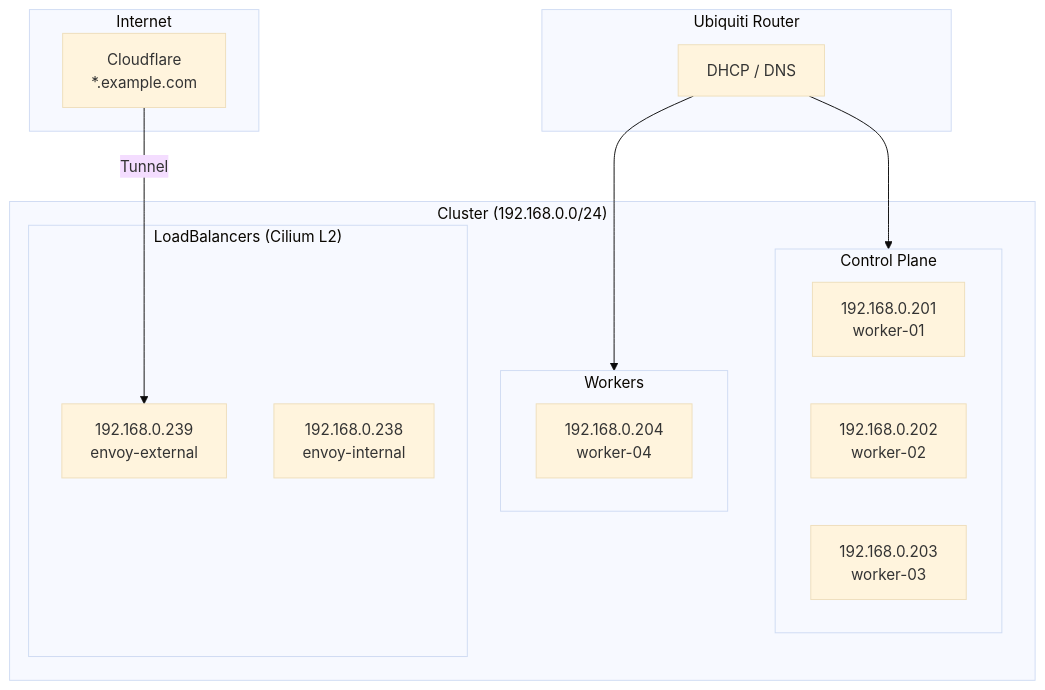
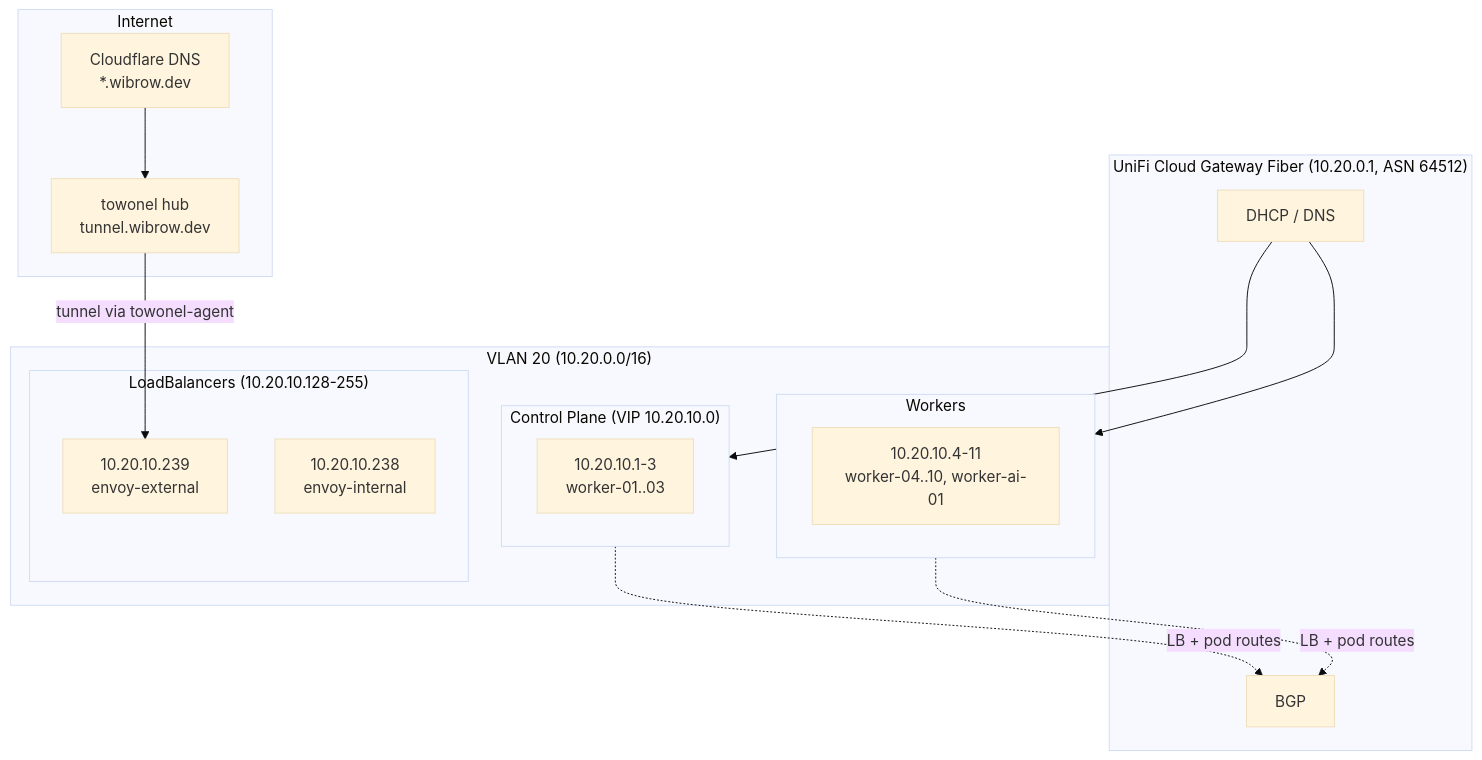
The first of 2 diagrams in docs/reference/ip-allocation.md (swibrow/home-ops), drawn with Mermaid (base theme) before and after one commit. The commit also changed other lines of this file and 105 other files, not shown here.

````diff
--- a/docs/reference/ip-allocation.md
+++ b/docs/reference/ip-allocation.md
@@ -40,29 +77,32 @@
 ```mermaid
 flowchart TB
     subgraph Internet
-        CF[Cloudflare<br/>*.example.com]
+        CF[Cloudflare DNS<br/>*.wibrow.dev]
+        Hub[towonel hub<br/>tunnel.wibrow.dev]
     end
 
-    subgraph Router["Ubiquiti Router"]
+    subgraph GW["UniFi Cloud Gateway Fiber (10.20.0.1, ASN 64512)"]
         DHCP[DHCP / DNS]
+        BGP[BGP]
     end
 
-    subgraph Cluster["Cluster (192.168.0.0/24)"]
-        subgraph ControlPlane["Control Plane"]
-            CP1[192.168.0.201<br/>worker-01]
-            CP2[192.168.0.202<br/>worker-02]
-            CP3[192.168.0.203<br/>worker-03]
+    subgraph Cluster["VLAN 20 (10.20.0.0/16)"]
+        subgraph ControlPlane["Control Plane (VIP 10.20.10.0)"]
+            CP[10.20.10.1-3<br/>worker-01..03]
         end
         subgraph Workers["Workers"]
-            W4[192.168.0.204<br/>worker-04]
+            W[10.20.10.4-11<br/>worker-04..10, worker-ai-01]
         end
-        subgraph LB["LoadBalancers (Cilium L2)"]
-            EE[192.168.0.239<br/>envoy-external]
-            EI[192.168.0.238<br/>envoy-internal]
+        subgraph LB["LoadBalancers (10.20.10.128-255)"]
+            EE[10.20.10.239<br/>envoy-external]
+            EI[10.20.10.238<br/>envoy-internal]
         end
     end
 
-    CF -->|Tunnel| EE
+    CF --> Hub
+    Hub -->|tunnel via towonel-agent| EE
     DHCP --> ControlPlane
     DHCP --> Workers
+    ControlPlane -.->|LB + pod routes| BGP
+    Workers -.->|LB + pod routes| BGP
 ```
````
